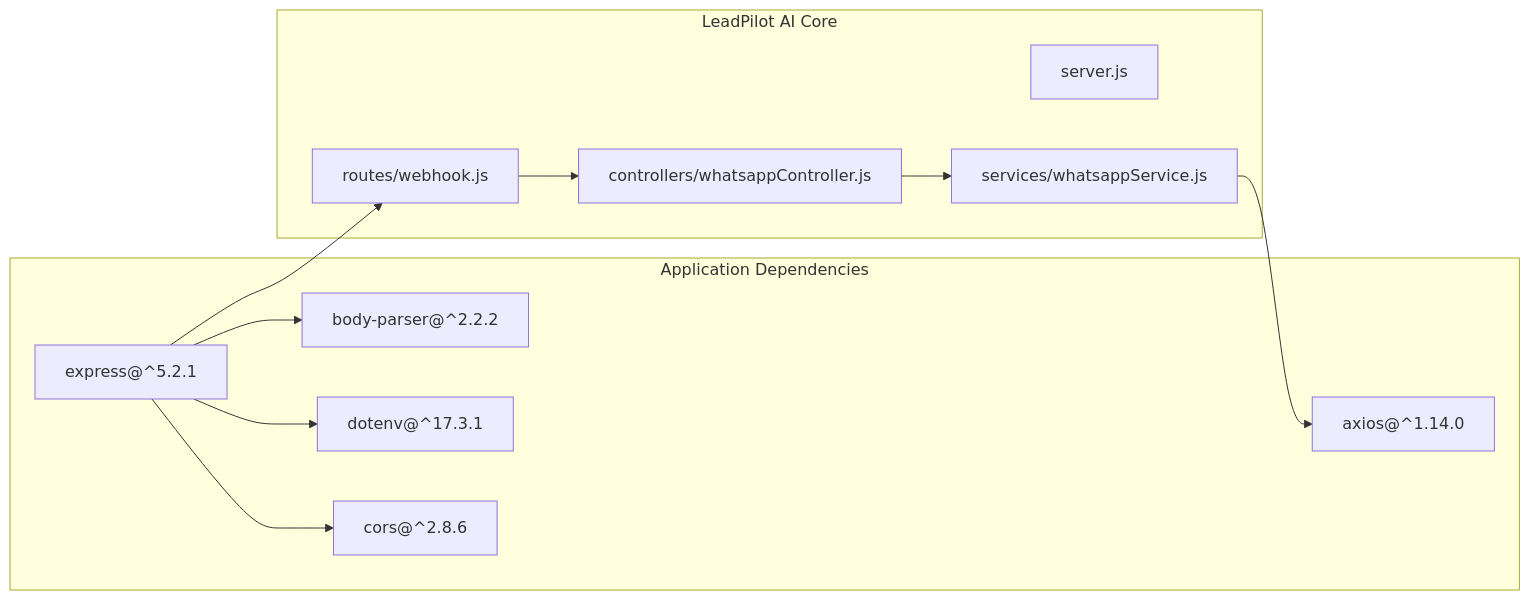
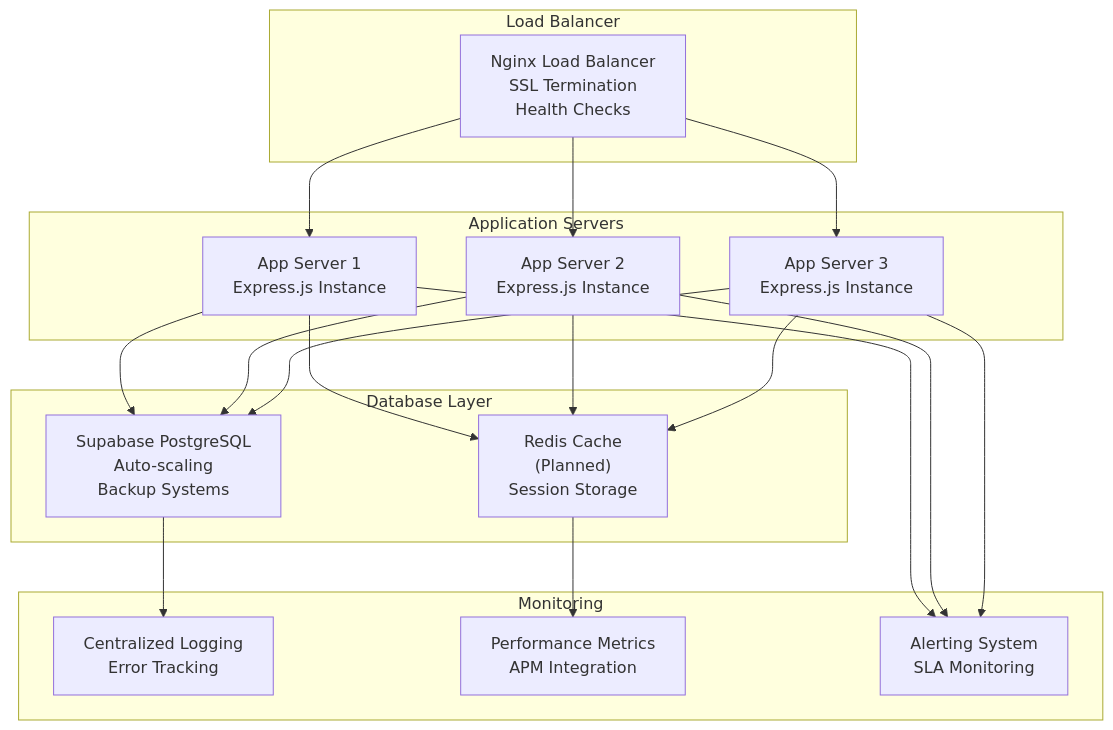
One commit to hariom-wdsadhunik/SaaS-Project changed the eighth of 8 diagrams in .qoder/repowiki/en/content/Project Overview.md. Above: the diagram before and after it, drawn with Mermaid. The commit also changed other lines of this file and 13 other files, not shown here.

````diff
--- a/.qoder/repowiki/en/content/Project Overview.md
+++ b/.qoder/repowiki/en/content/Project Overview.md
@@ -239,23 +436,34 @@
 ```mermaid
-graph LR
-subgraph "Application Dependencies"
-Express["express@^5.2.1"]
-Axios["axios@^1.14.0"]
-BodyParser["body-parser@^2.2.2"]
-DotEnv["dotenv@^17.3.1"]
-CORS["cors@^2.8.6"]
+graph TB
+subgraph "Load Balancer"
+LB["Nginx Load Balancer<br/>SSL Termination<br/>Health Checks"]
 end
-subgraph "LeadPilot AI Core"
-Server["server.js"]
-Routes["routes/webhook.js"]
-Controller["controllers/whatsappController.js"]
-Service["services/whatsappService.js"]
+subgraph "Application Servers"
+App1["App Server 1<br/>Express.js Instance"]
+App2["App Server 2<br/>Express.js Instance"]
+App3["App Server 3<br/>Express.js Instance"]
 end
-Express --> Routes
-Express --> BodyParser
-Express --> DotEnv
-Express --> CORS
-Routes --> Controller
-Controller --> Service
-Service --> Axios
+subgraph "Database Layer"
+DB["Supabase PostgreSQL<br/>Auto-scaling<br/>Backup Systems"]
+Cache["Redis Cache<br/>(Planned)<br/>Session Storage"]
+end
+subgraph "Monitoring"
+Logs["Centralized Logging<br/>Error Tracking"]
+Metrics["Performance Metrics<br/>APM Integration"]
+Alerts["Alerting System<br/>SLA Monitoring"]
+end
+LB --> App1
+LB --> App2
+LB --> App3
+App1 --> DB
+App2 --> DB
+App3 --> DB
+App1 --> Cache
+App2 --> Cache
+App3 --> Cache
+DB --> Logs
+Cache --> Metrics
+App1 --> Alerts
+App2 --> Alerts
+App3 --> Alerts
 ```
````
